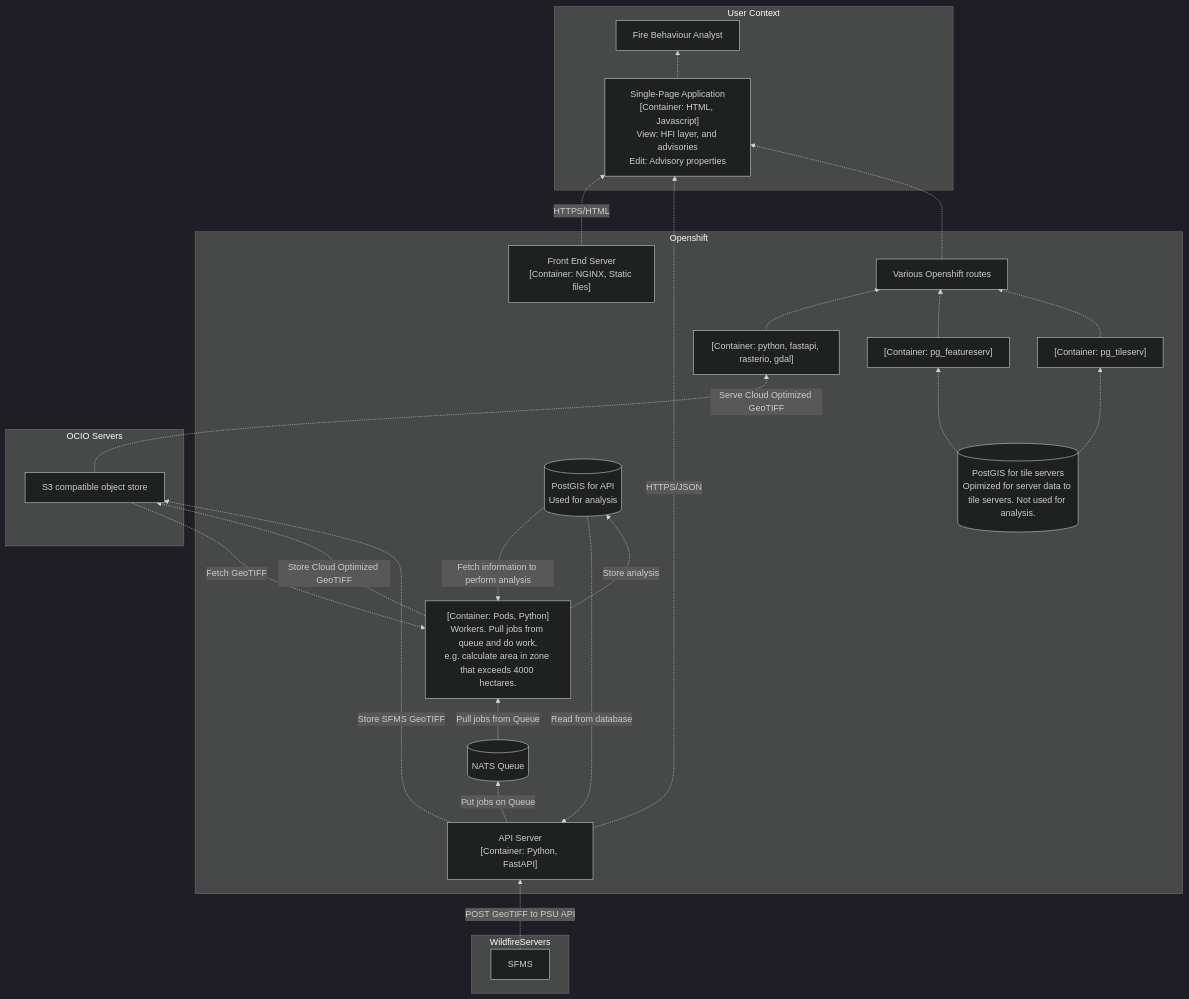
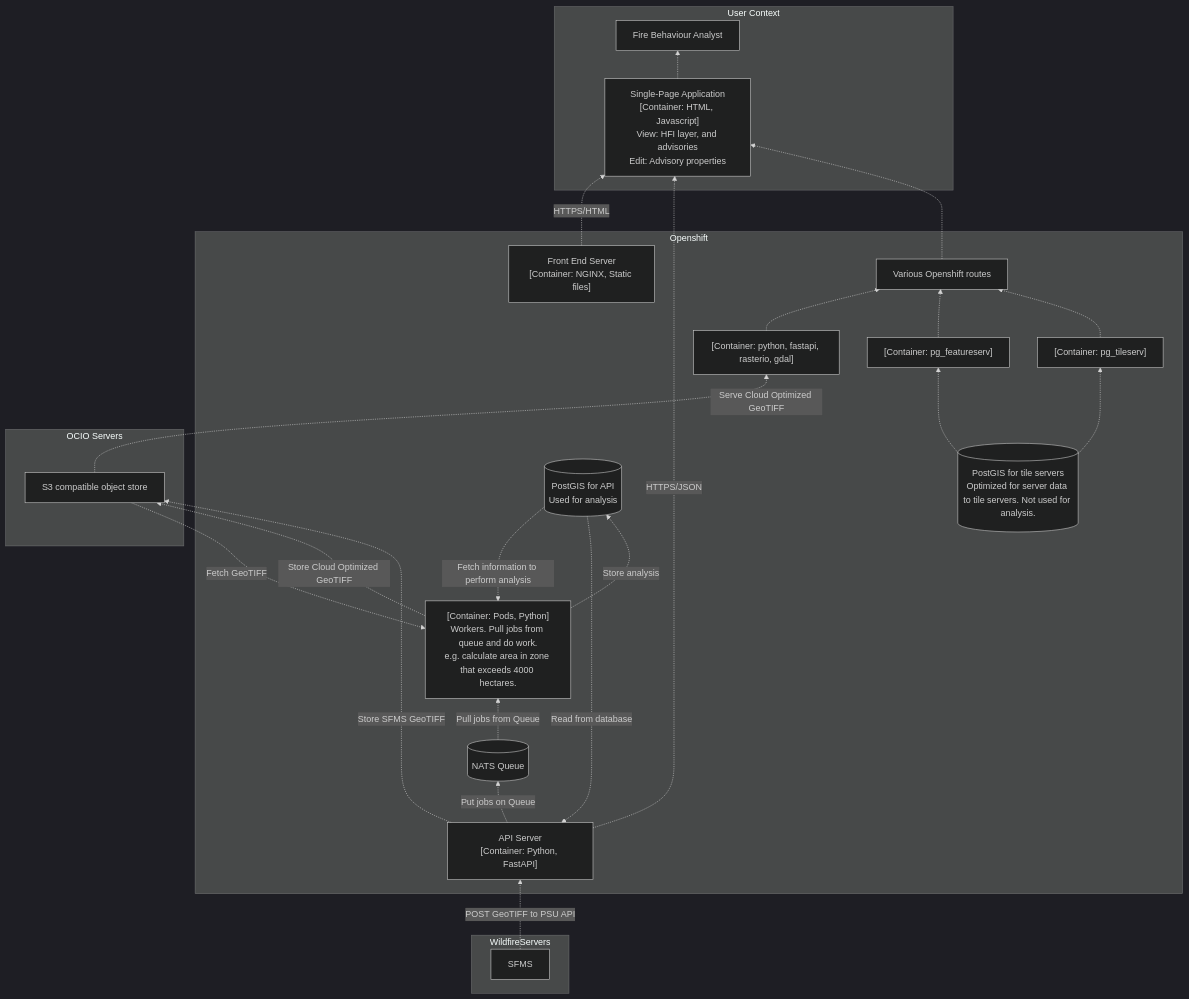
One commit to bcgov/wps changed the diagram in docs/architecture/sfms.md. Above: the diagram before and after it, drawn with Mermaid (dark theme). The commit also changed 8 other files, not shown here.

````diff
--- a/docs/architecture/sfms.md
+++ b/docs/architecture/sfms.md
@@ -7,58 +7,58 @@
 ```mermaid
 graph BT
 
 subgraph User Context
     Browser["Single-Page Application</br>[Container: HTML, Javascript]</br>View: HFI layer, and advisories</br>Edit: Advisory properties
     "]
     FBAN["Fire Behaviour Analyst"]
 
     Browser-.->FBAN
 end
 
 subgraph Openshift
     FrontEndServer["Front End Server</br>[Container: NGINX, Static files]"]
     Routes["Various Openshift routes"]
     API["API Server</br>[Container: Python, FastAPI]"]
     FeatureServer["[Container: pg_featureserv]"]
     VectorTileServer["[Container: pg_tileserv]"]
     RasterTileServer["[Container: python, fastapi, rasterio, gdal]"]
 
     APIPostGIS[("PostGIS for API<br/>Used for analysis")]
     Queue[("NATS Queue")]
-    TileServerPostGIS[("PostGIS for tile servers</br>Opimized for server data to tile servers. Not used for analysis.")]
+    TileServerPostGIS[("PostGIS for tile servers</br>Optimized for server data to tile servers. Not used for analysis.")]
     Workers["[Container: Pods, Python]</br>Workers. Pull jobs from queue and do work.</br>e.g. calculate area in zone that exceeds 4000 hectares."]
 
     API-."Put jobs on Queue".->Queue
     Queue-."Pull jobs from Queue".->Workers
     Workers-."Store analysis".->APIPostGIS
     TileServerPostGIS-.->VectorTileServer
     TileServerPostGIS-.->FeatureServer
     APIPostGIS-."Read from database".->API
     APIPostGIS-."Fetch information to perform analysis".->Workers
 
     Routes-.->Browser
     
     VectorTileServer-.->Routes
     FeatureServer-.->Routes
     RasterTileServer-.->Routes
 end
 
 API-."HTTPS/JSON".->Browser
 FrontEndServer-."HTTPS/HTML".->Browser
 API -."Store SFMS GeoTIFF".-> ObjectStore
 
 subgraph OCIOServers["OCIO Servers"]
     ObjectStore["S3 compatible object store"]
 end
 
 ObjectStore-."Fetch GeoTIFF".->Workers
 Workers-."Store Cloud Optimized GeoTIFF".->ObjectStore
 ObjectStore-."Serve Cloud Optimized GeoTIFF".->RasterTileServer
 
 
 subgraph WildfireServers
     SFMS
 end
 
 SFMS -."POST GeoTIFF to PSU API".-> API
 ```
````
